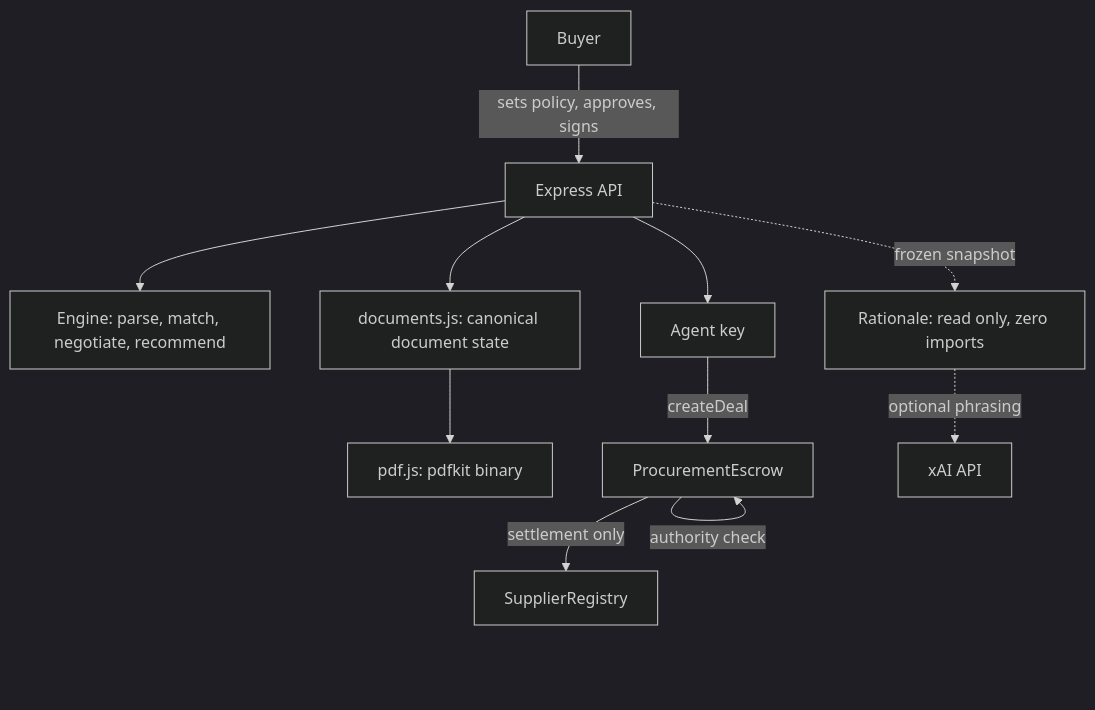
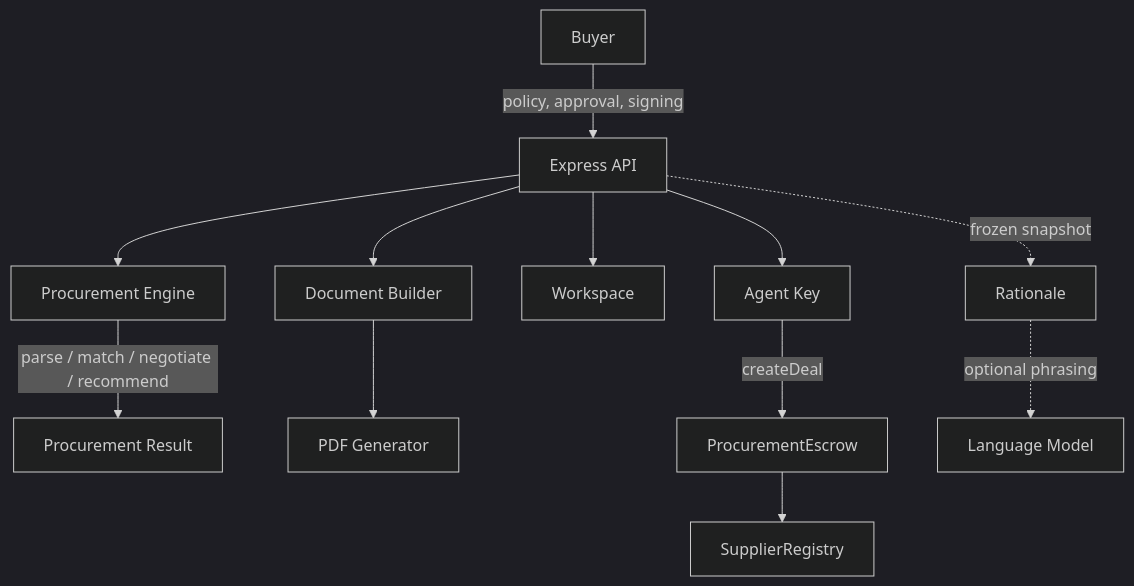
One commit to sujal128005/Covenant changed the diagram in README.md. Above: the diagram before and after it, drawn with Mermaid (dark theme). The commit also changed other lines of this file and 33 other files, not shown here.

Commit message:
Covenant: AI procurement agent with contract-enforced spending limits

````diff
--- a/README.md
+++ b/README.md
@@ -92,13 +123,20 @@
 ```mermaid
 flowchart TD
-    B[Buyer] -->|sets policy, approves, signs| API
-    API[Express API] --> ENG[Engine: parse, match, negotiate, recommend]
-    API --> DOC[documents.js: canonical document state]
-    DOC --> PDF[pdf.js: pdfkit binary]
-    API --> AG[Agent key]
+    B[Buyer] -->|policy, approval, signing| API[Express API]
+
+    API --> ENG[Procurement Engine]
+    API --> DOC[Document Builder]
+    API --> WS[Workspace]
+
+    ENG -->|parse / match / negotiate / recommend| RESULT[Procurement Result]
+
+    DOC --> PDF[PDF Generator]
+
+    API --> AG[Agent Key]
     AG -->|createDeal| ESC[ProcurementEscrow]
-    ESC -->|authority check| ESC
-    ESC -->|settlement only| REG[SupplierRegistry]
-    API -.frozen snapshot.-> CN[Rationale: read only, zero imports]
-    CN -.optional phrasing.-> XAI[xAI API]
+
+    ESC --> REG[SupplierRegistry]
+
+    API -. frozen snapshot .-> R[Rationale]
+    R -. optional phrasing .-> LLM[Language Model]
 ```
````
